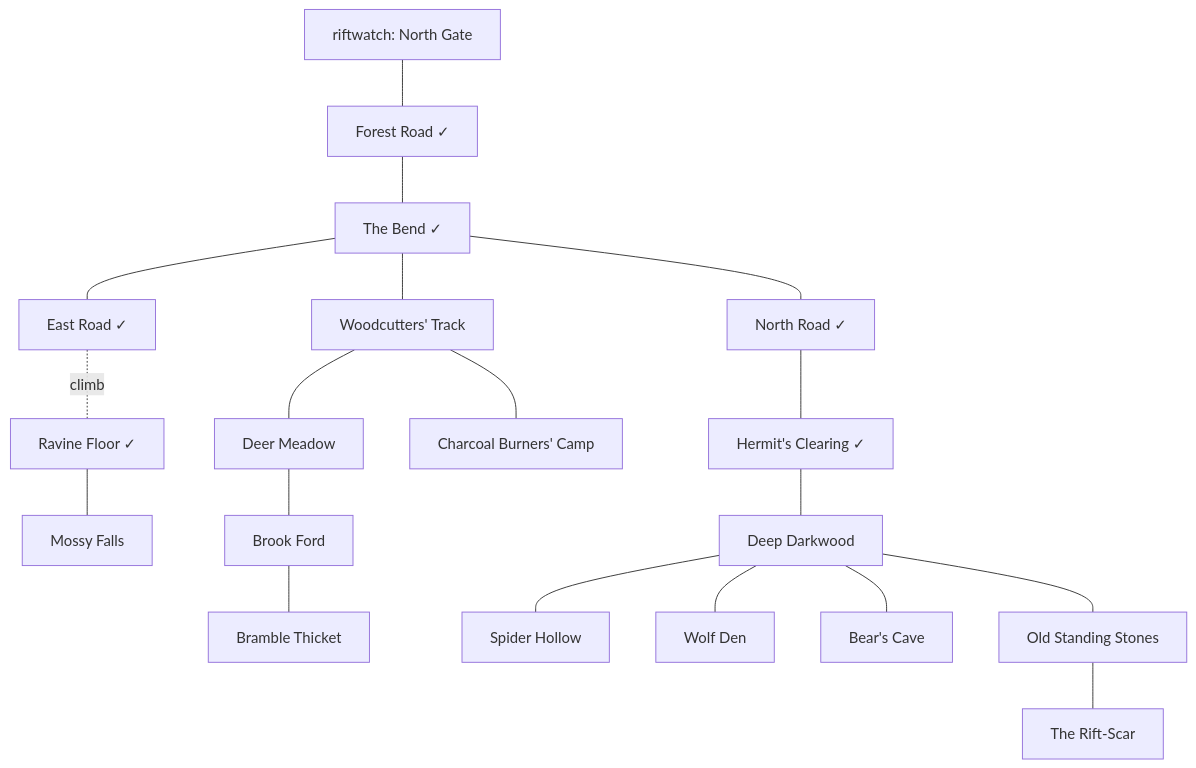
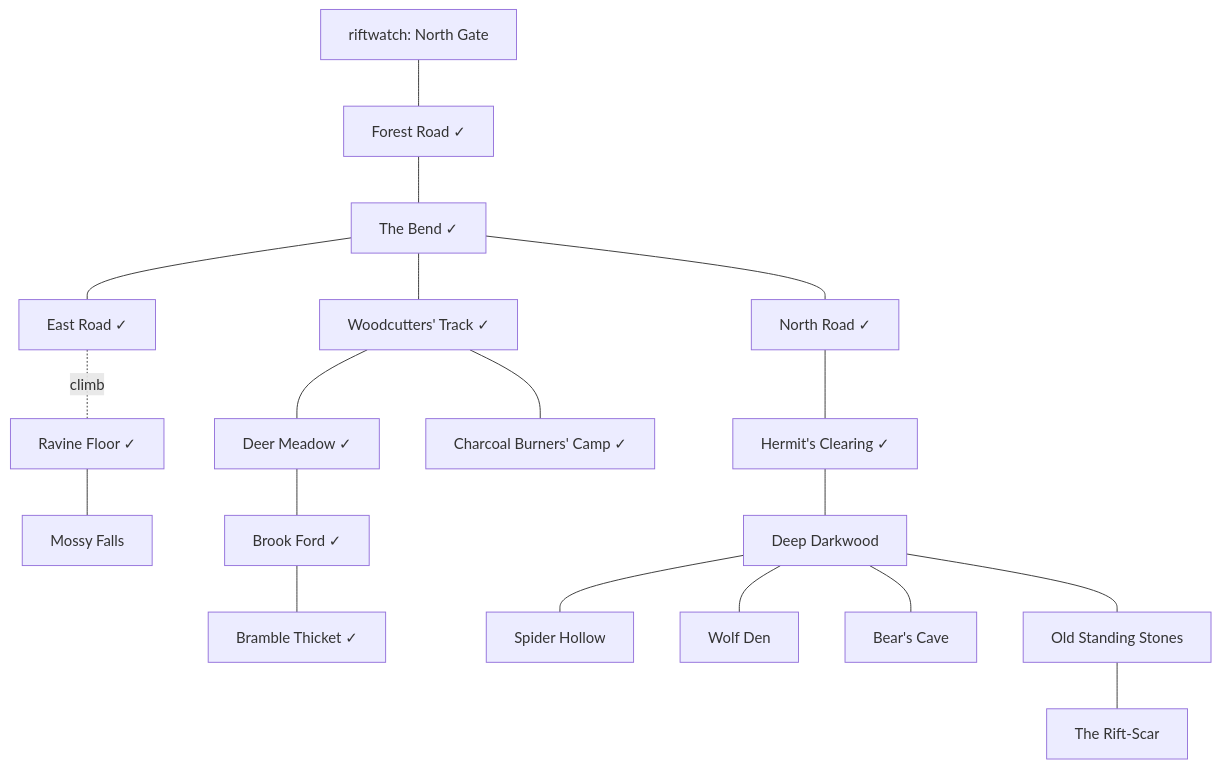
One commit to Aaqibhafeezkhan/riftward changed the diagram in docs/darkwood.md. Above: the diagram before and after it, drawn with Mermaid. The commit also changed other lines of this file and 5 other files, not shown here.

First line of the commit message:
Build the west woods: prey, boars, the brook and the hunter's camp

````diff
--- a/docs/darkwood.md
+++ b/docs/darkwood.md
@@ -13,21 +13,21 @@
 ```mermaid
 flowchart TB
     gate[riftwatch: North Gate] --- road[Forest Road ✓]
     road --- bend[The Bend ✓]
     bend --- north[North Road ✓]
     north --- clearing[Hermit's Clearing ✓]
     bend --- east[East Road ✓]
     east -. climb .- ravine[Ravine Floor ✓]
     ravine --- pool[Mossy Falls]
-    bend --- track[Woodcutters' Track]
-    track --- camp[Charcoal Burners' Camp]
-    track --- meadow[Deer Meadow]
-    meadow --- brook[Brook Ford]
-    brook --- thicket[Bramble Thicket]
+    bend --- track[Woodcutters' Track ✓]
+    track --- camp[Charcoal Burners' Camp ✓]
+    track --- meadow[Deer Meadow ✓]
+    meadow --- brook[Brook Ford ✓]
+    brook --- thicket[Bramble Thicket ✓]
     clearing --- deep[Deep Darkwood]
     deep --- hollow[Spider Hollow]
     deep --- den[Wolf Den]
     deep --- cave[Bear's Cave]
     deep --- stones[Old Standing Stones]
     stones --- scar[The Rift-Scar]
 ```
````
